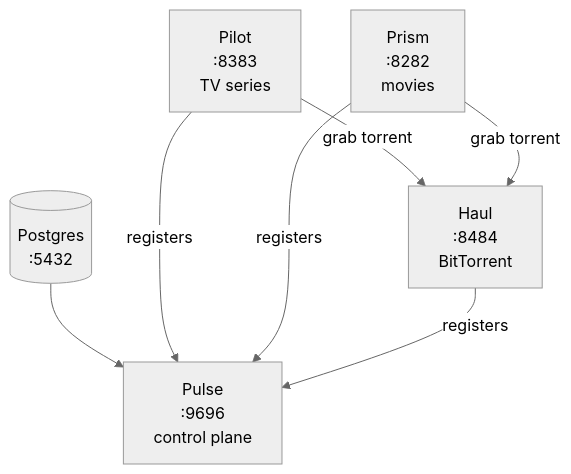
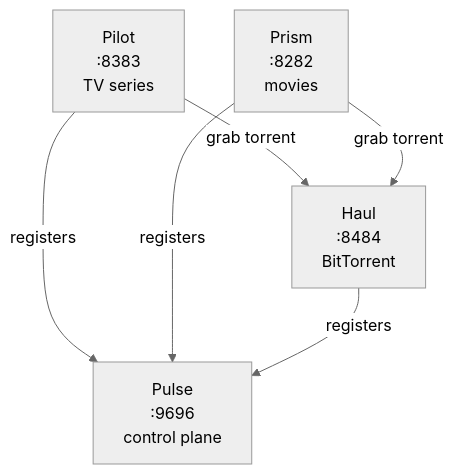
One commit to Beacon-Stack/deploy changed the diagram in README.md. Above: the diagram before and after it, drawn with Mermaid (neutral theme). The commit also changed other lines of this file and 17 other files, not shown here.

````diff
--- a/README.md
+++ b/README.md
@@ -27,14 +28,11 @@
 ```mermaid
 graph TD
-    PG[("Postgres<br/>:5432")]
-    PG --> PULSE
-
     PULSE["Pulse<br/>:9696<br/>control plane"]
 
     PILOT["Pilot<br/>:8383<br/>TV series"] -->|registers| PULSE
     PRISM["Prism<br/>:8282<br/>movies"] -->|registers| PULSE
     HAUL["Haul<br/>:8484<br/>BitTorrent"] -->|registers| PULSE
 
     PILOT -->|grab torrent| HAUL
     PRISM -->|grab torrent| HAUL
 ```
````
